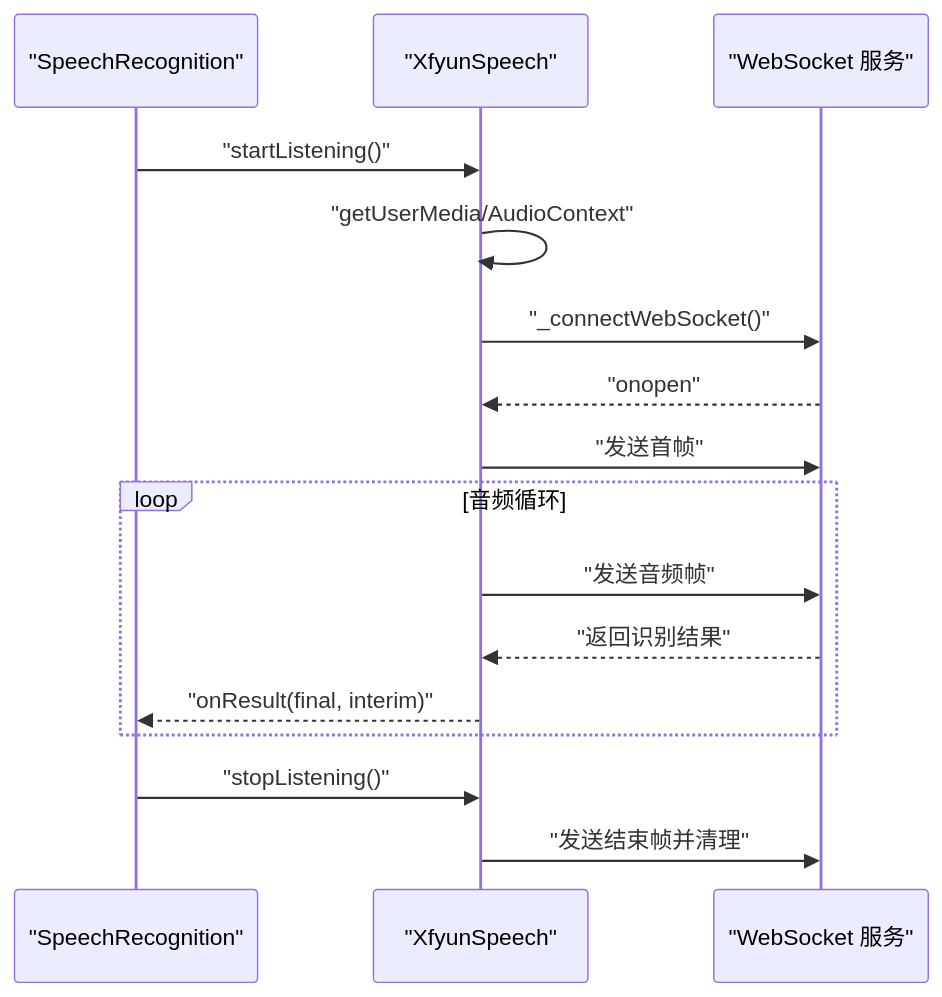
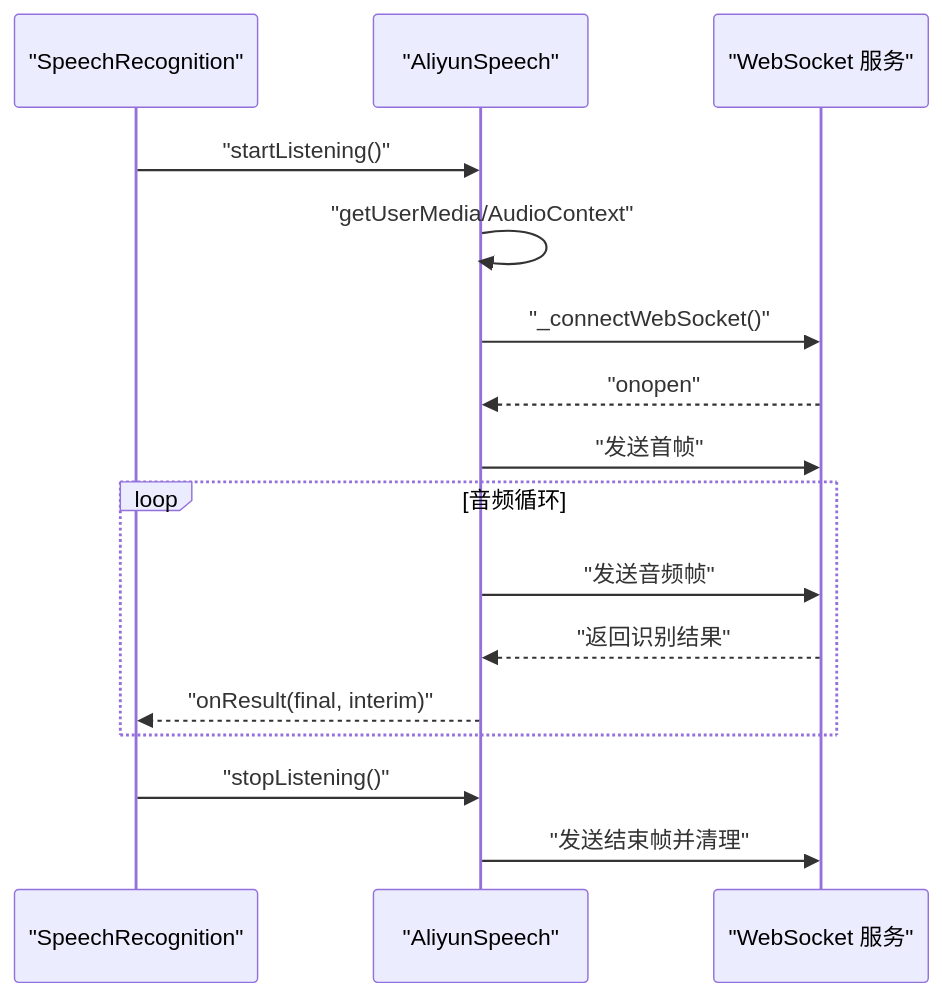
The seventh of 10 diagrams in .qoder/repowiki/zh/content/语音识别模块详解/多后端管理机制.md (db300/MySpeechRecognition), drawn with Mermaid before and after one commit. The commit also changed other lines of this file and 10 other files, not shown here.

````diff
--- a/.qoder/repowiki/zh/content/语音识别模块详解/多后端管理机制.md
+++ b/.qoder/repowiki/zh/content/语音识别模块详解/多后端管理机制.md
@@ -249,18 +273,18 @@
 ```mermaid
 sequenceDiagram
 participant SR as "SpeechRecognition"
-participant XS as "XfyunSpeech"
+participant XS as "AliyunSpeech"
 participant WS as "WebSocket 服务"
 SR->>XS : "startListening()"
 XS->>XS : "getUserMedia/AudioContext"
 XS->>WS : "_connectWebSocket()"
 WS-->>XS : "onopen"
 XS->>WS : "发送首帧"
 loop 音频循环
 XS->>WS : "发送音频帧"
 WS-->>XS : "返回识别结果"
 XS-->>SR : "onResult(final, interim)"
 end
 SR->>XS : "stopListening()"
 XS->>WS : "发送结束帧并清理"
 ```
````
